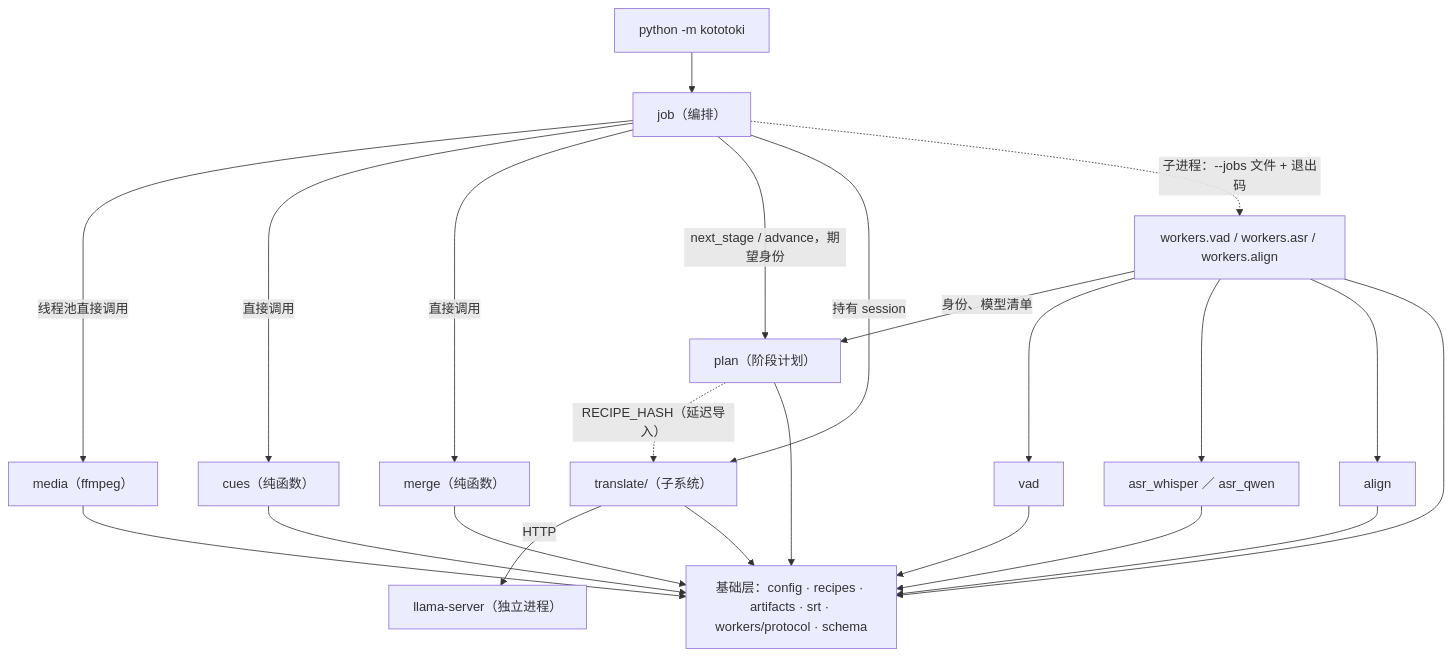
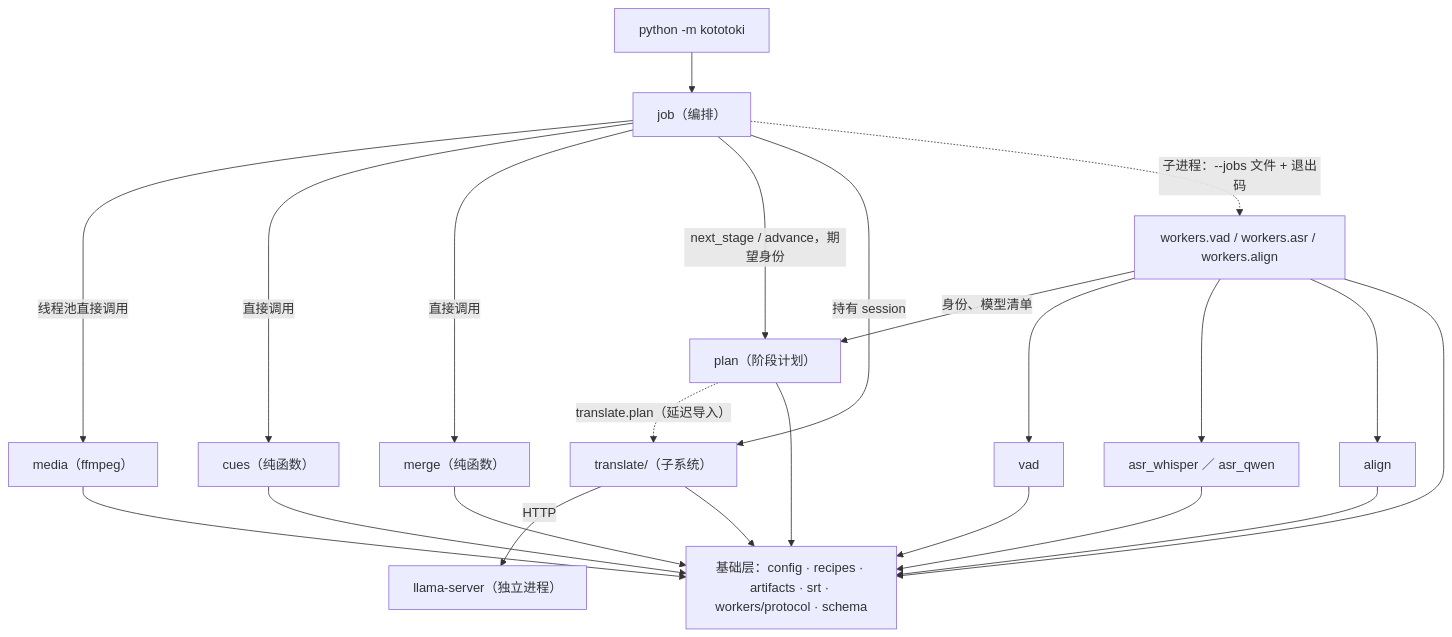
The second of 2 diagrams in docs/architecture/INDEX.md (watchzerg/kototoki), drawn with Mermaid before and after one commit. The commit also changed 20 other files, not shown here.

First line of the commit message:
票据 15：翻译 run 键、翻译身份与 needs_model 归翻译子系统 translate.plan

````diff
--- a/docs/architecture/INDEX.md
+++ b/docs/architecture/INDEX.md
@@ -53,26 +53,26 @@
 ```mermaid
 flowchart TB
   MAIN["python -m kototoki"] --> JOB["job（编排）"]
   JOB -->|线程池直接调用| MEDIA["media（ffmpeg）"]
   JOB -->|直接调用| CUES["cues（纯函数）"]
   JOB -->|直接调用| MERGE["merge（纯函数）"]
   JOB -->|next_stage / advance，期望身份| PLAN["plan（阶段计划）"]
   JOB -->|持有 session| TR["translate/（子系统）"]
   JOB -.->|子进程：--jobs 文件 + 退出码| WK["workers.vad / workers.asr / workers.align"]
   WK -->|身份、模型清单| PLAN
-  PLAN -.->|RECIPE_HASH（延迟导入）| TR
+  PLAN -.->|translate.plan（延迟导入）| TR
   WK --> VAD["vad"]
   WK --> ASR["asr_whisper ／ asr_qwen"]
   WK --> ALIGN["align"]
   TR -->|HTTP| LLAMA["llama-server（独立进程）"]
   MEDIA --> BASE
   CUES --> BASE
   MERGE --> BASE
   PLAN --> BASE
   TR --> BASE
   WK --> BASE
   VAD --> BASE
   ASR --> BASE
   ALIGN --> BASE
   BASE["基础层：config · recipes · artifacts · srt · workers/protocol · schema"]
 ```
````
